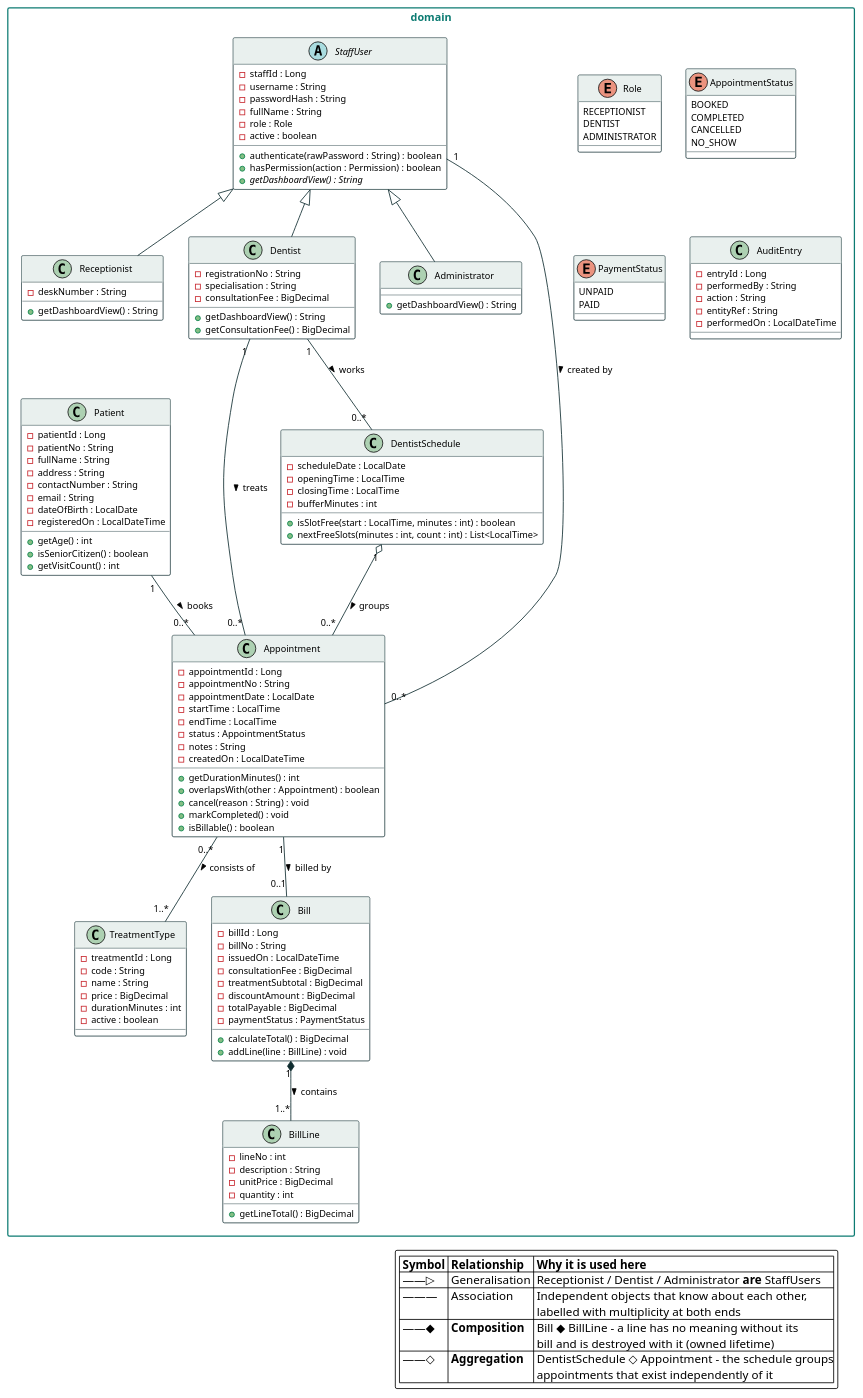
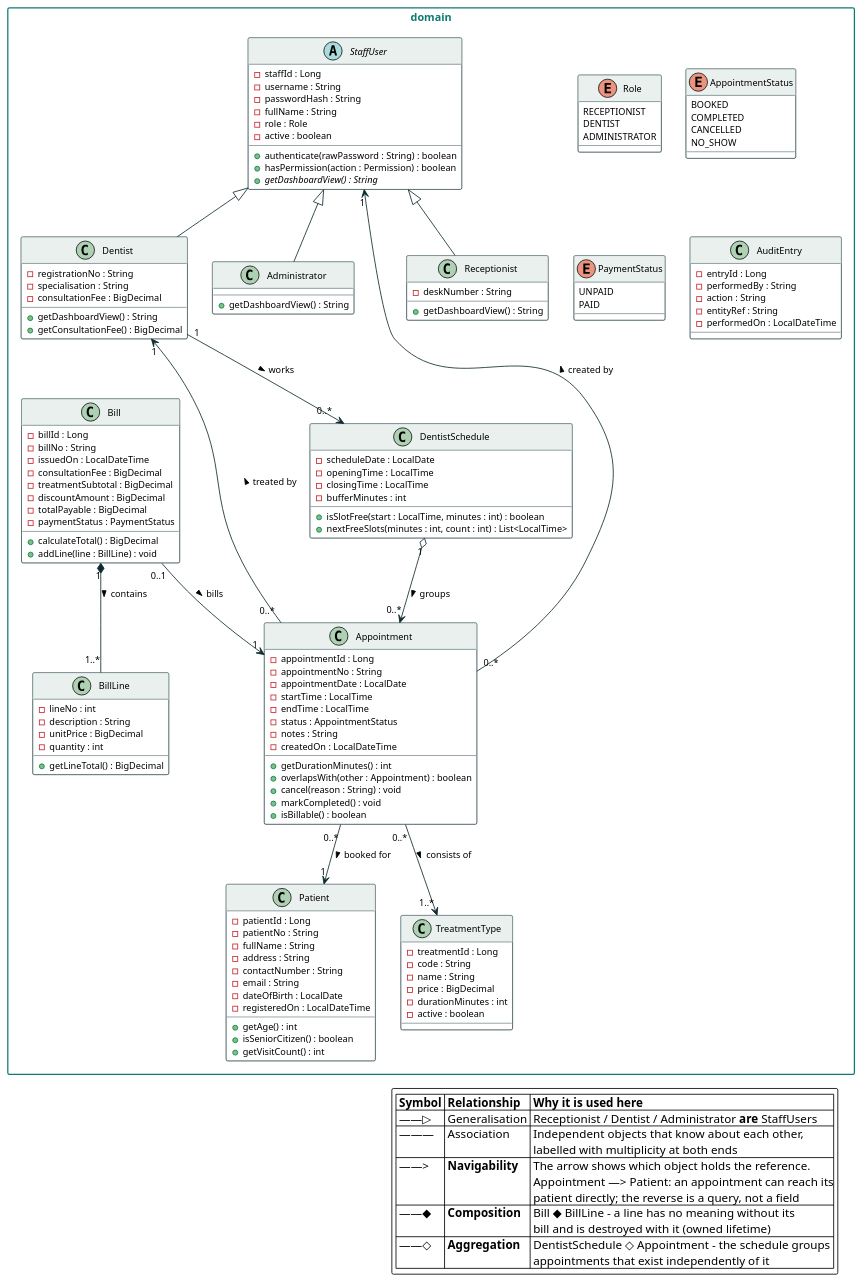
Before and after one commit to Thanujaya448/sunrise-dental-clinic: the diagram in docs/uml/02-class-domain.puml, drawn with PlantUML. The commit also changed 20 other files, not shown here.

```diff
--- a/docs/uml/02-class-domain.puml
+++ b/docs/uml/02-class-domain.puml
@@ -1,192 +1,199 @@
 @startuml Sunrise-Dental-Clinic-Domain-Class
 ' =====================================================================
 '  CIS6003 Advanced Programming - WRIT1
 '  Sunrise Dental Clinic Appointment & Patient Management System
 '  Task A - Domain Class Diagram           Author: Thanujaya Hasaranga Perera  |  Reg. number: st20374257
 ' =====================================================================
 
 skinparam backgroundColor #FFFFFF
 skinparam shadowing false
 skinparam roundcorner 4
 skinparam ArrowColor #0E2B2E
 skinparam ArrowFontSize 11
 skinparam nodesep 30
 skinparam ranksep 55
 skinparam DefaultFontName "Segoe UI"
 skinparam packageStyle rectangle
 
 skinparam class {
   BorderColor #0E2B2E
   BackgroundColor #FFFFFF
   HeaderBackgroundColor #E9F0EE
   FontSize 12
   AttributeFontSize 11
 }
 skinparam package {
   BorderColor #0C7B72
   FontColor #0C7B72
   FontSize 13
   FontStyle bold
 }
 
 package "domain" {
 
   abstract class StaffUser {
     - staffId : Long
     - username : String
     - passwordHash : String
     - fullName : String
     - role : Role
     - active : boolean
     + authenticate(rawPassword : String) : boolean
     + hasPermission(action : Permission) : boolean
     + {abstract} getDashboardView() : String
   }
 
   enum Role {
     RECEPTIONIST
     DENTIST
     ADMINISTRATOR
   }
 
   class Receptionist {
     - deskNumber : String
     + getDashboardView() : String
   }
 
   class Dentist {
     - registrationNo : String
     - specialisation : String
     - consultationFee : BigDecimal
     + getDashboardView() : String
     + getConsultationFee() : BigDecimal
   }
 
   class Administrator {
     + getDashboardView() : String
   }
 
   class Patient {
     - patientId : Long
     - patientNo : String
     - fullName : String
     - address : String
     - contactNumber : String
     - email : String
     - dateOfBirth : LocalDate
     - registeredOn : LocalDateTime
     + getAge() : int
     + isSeniorCitizen() : boolean
     + getVisitCount() : int
   }
 
   class Appointment {
     - appointmentId : Long
     - appointmentNo : String
     - appointmentDate : LocalDate
     - startTime : LocalTime
     - endTime : LocalTime
     - status : AppointmentStatus
     - notes : String
     - createdOn : LocalDateTime
     + getDurationMinutes() : int
     + overlapsWith(other : Appointment) : boolean
     + cancel(reason : String) : void
     + markCompleted() : void
     + isBillable() : boolean
   }
 
   enum AppointmentStatus {
     BOOKED
     COMPLETED
     CANCELLED
     NO_SHOW
   }
 
   class TreatmentType {
     - treatmentId : Long
     - code : String
     - name : String
     - price : BigDecimal
     - durationMinutes : int
     - active : boolean
   }
 
   class DentistSchedule {
     - scheduleDate : LocalDate
     - openingTime : LocalTime
     - closingTime : LocalTime
     - bufferMinutes : int
     + isSlotFree(start : LocalTime, minutes : int) : boolean
     + nextFreeSlots(minutes : int, count : int) : List<LocalTime>
   }
 
   class Bill {
     - billId : Long
     - billNo : String
     - issuedOn : LocalDateTime
     - consultationFee : BigDecimal
     - treatmentSubtotal : BigDecimal
     - discountAmount : BigDecimal
     - totalPayable : BigDecimal
     - paymentStatus : PaymentStatus
     + calculateTotal() : BigDecimal
     + addLine(line : BillLine) : void
   }
 
   class BillLine {
     - lineNo : int
     - description : String
     - unitPrice : BigDecimal
     - quantity : int
     + getLineTotal() : BigDecimal
   }
 
   enum PaymentStatus {
     UNPAID
     PAID
   }
 
   class AuditEntry {
     - entryId : Long
     - performedBy : String
     - action : String
     - entityRef : String
     - performedOn : LocalDateTime
   }
 }
 
 ' ---- generalisation --------------------------------------------------
 StaffUser <|-- Receptionist
 StaffUser <|-- Dentist
 StaffUser <|-- Administrator
 
-' ---- associations with multiplicity ---------------------------------
-Patient   "1"    -- "0..*" Appointment  : books >
-Dentist   "1"    -- "0..*" Appointment  : treats >
-Appointment "0..*" -- "1..*" TreatmentType : consists of >
-Appointment "1"  -- "0..1" Bill          : billed by >
-StaffUser "1"    -- "0..*" Appointment  : created by >
+' ---- associations: multiplicity AND navigability --------------------
+'  The arrowhead shows NAVIGABILITY - which object can reach which. It is
+'  not decoration: an Appointment holds a reference to its Patient, so the
+'  system can answer "whose appointment is this?" directly, while
+'  "which appointments does this patient have?" is a query. Drawing every
+'  association bidirectional would claim references the design does not
+'  hold, and would licence a circular object graph nothing needs.
+Appointment "0..*" --> "1"    Patient       : booked for >
+Appointment "0..*" --> "1"    Dentist       : treated by >
+Appointment "0..*" --> "1..*" TreatmentType : consists of >
+Appointment "0..*" --> "1"    StaffUser     : created by >
+Bill        "0..1" --> "1"    Appointment   : bills >
 
 ' ---- COMPOSITION (filled diamond) -----------------------------------
 '  A BillLine has no identity or meaning outside its Bill. Deleting the
 '  Bill deletes its lines. Lifetime is owned by the whole.
 Bill "1" *-- "1..*" BillLine : contains >
 
 ' ---- AGGREGATION (hollow diamond) -----------------------------------
 '  A DentistSchedule is a day-view that groups existing Appointments.
 '  Discarding the schedule object does NOT delete the appointments -
 '  they belong to the Patient and the Dentist, not to the schedule.
-DentistSchedule "1" o-- "0..*" Appointment : groups >
-Dentist "1" -- "0..*" DentistSchedule : works >
+DentistSchedule "1" o--> "0..*" Appointment : groups >
+Dentist         "1" --> "0..*" DentistSchedule : works >
 
 
 legend right
   |= Symbol |= Relationship |= Why it is used here |
   | ——▷ | Generalisation | Receptionist / Dentist / Administrator **are** StaffUsers |
   | ——— | Association | Independent objects that know about each other,\n labelled with multiplicity at both ends |
+  | ——> | **Navigability** | The arrow shows which object holds the reference.\n Appointment —> Patient: an appointment can reach its\n patient directly; the reverse is a query, not a field |
   | ——◆ | **Composition** | Bill ◆ BillLine - a line has no meaning without its\n bill and is destroyed with it (owned lifetime) |
   | ——◇ | **Aggregation** | DentistSchedule ◇ Appointment - the schedule groups\n appointments that exist independently of it |
 endlegend
 
 @enduml
```
